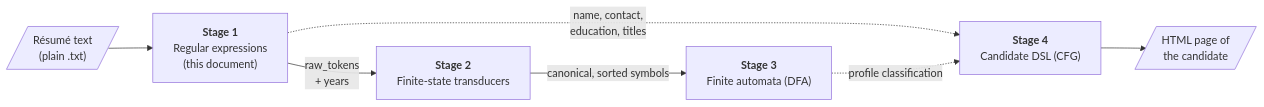
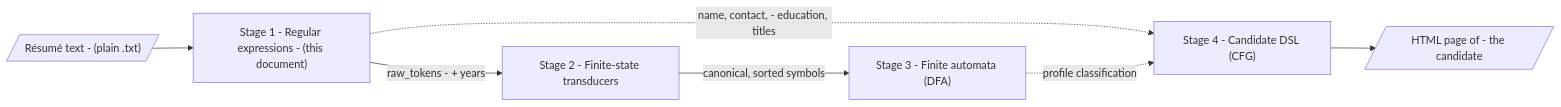
One commit to JuanJoe-18/DiscreteIII-Integrative-Task-VictorTeam changed the first of 39 diagrams in docs/stage1_regex.md. Above: the diagram before and after it, drawn with Mermaid. The commit also changed other lines of this file, not shown here.

Commit message:
fix: stage1_regex.md updated

````diff
--- a/docs/stage1_regex.md
+++ b/docs/stage1_regex.md
@@ -34,9 +34,9 @@
 ```mermaid
 flowchart LR
-    A[/"Résumé text<br/>(plain .txt)"/] --> B["<b>Stage 1</b><br/>Regular expressions<br/>(this document)"]
-    B -->|"raw_tokens<br/>+ years"| C["<b>Stage 2</b><br/>Finite-state transducers"]
-    C -->|"canonical, sorted symbols"| D["<b>Stage 3</b><br/>Finite automata (DFA)"]
-    B -.->|"name, contact,<br/>education, titles"| E["<b>Stage 4</b><br/>Candidate DSL (CFG)"]
+    A[/"Résumé text - (plain .txt)"/] --> B["Stage 1 - Regular expressions - (this document)"]
+    B -->|"raw_tokens - + years"| C["Stage 2 - Finite-state transducers"]
+    C -->|"canonical, sorted symbols"| D["Stage 3 - Finite automata (DFA)"]
+    B -.->|"name, contact, - education, titles"| E["Stage 4 - Candidate DSL (CFG)"]
     D -.->|"profile classification"| E
-    E --> F[/"HTML page of<br/>the candidate"/]
+    E --> F[/"HTML page of - the candidate"/]
 ```
````
